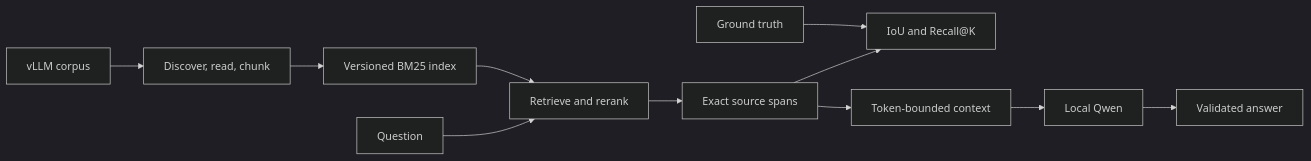
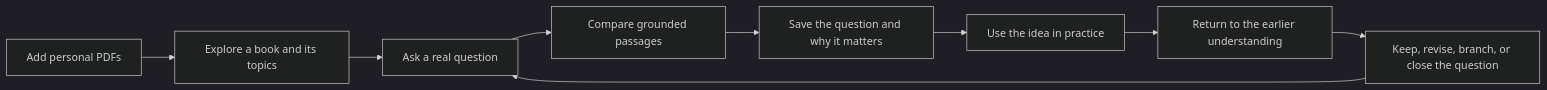
Before and after one commit to MariiaLagutina/FREDL: the diagram in README.md, drawn with Mermaid (dark theme). The commit also changed other lines of this file and 3 other files, not shown here.

````diff
--- a/README.md
+++ b/README.md
@@ -136,13 +50,11 @@
 ```mermaid
 flowchart LR
-    Corpus["vLLM corpus"] --> Ingest["Discover, read, chunk"]
-    Ingest --> Index["Versioned BM25 index"]
-    Question["Question"] --> Search["Retrieve and rerank"]
-    Index --> Search
-    Search --> Sources["Exact source spans"]
-    Sources --> Eval["IoU and Recall@K"]
-    Truth["Ground truth"] --> Eval
-    Sources --> Context["Token-bounded context"]
-    Context --> Qwen["Local Qwen"]
-    Qwen --> Answer["Validated answer"]
+    Add["Add personal PDFs"] --> Explore["Explore a book and its topics"]
+    Explore --> Ask["Ask a real question"]
+    Ask --> Compare["Compare grounded passages"]
+    Compare --> Save["Save the question and why it matters"]
+    Save --> Apply["Use the idea in practice"]
+    Apply --> Return["Return to the earlier understanding"]
+    Return --> Reflect["Keep, revise, branch, or close the question"]
+    Reflect --> Ask
 ```
````
